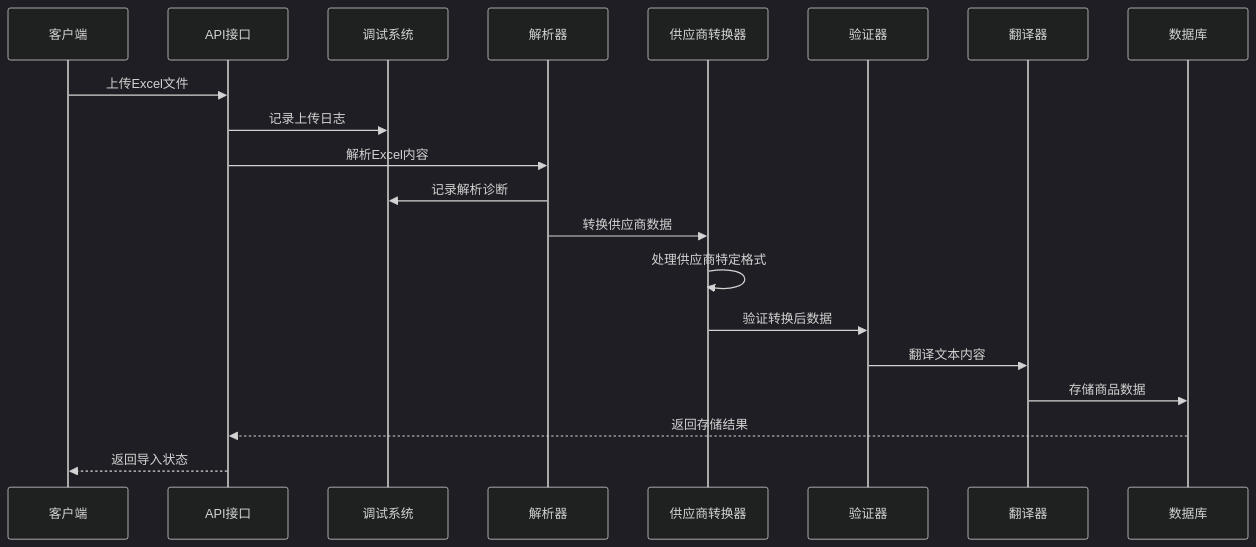
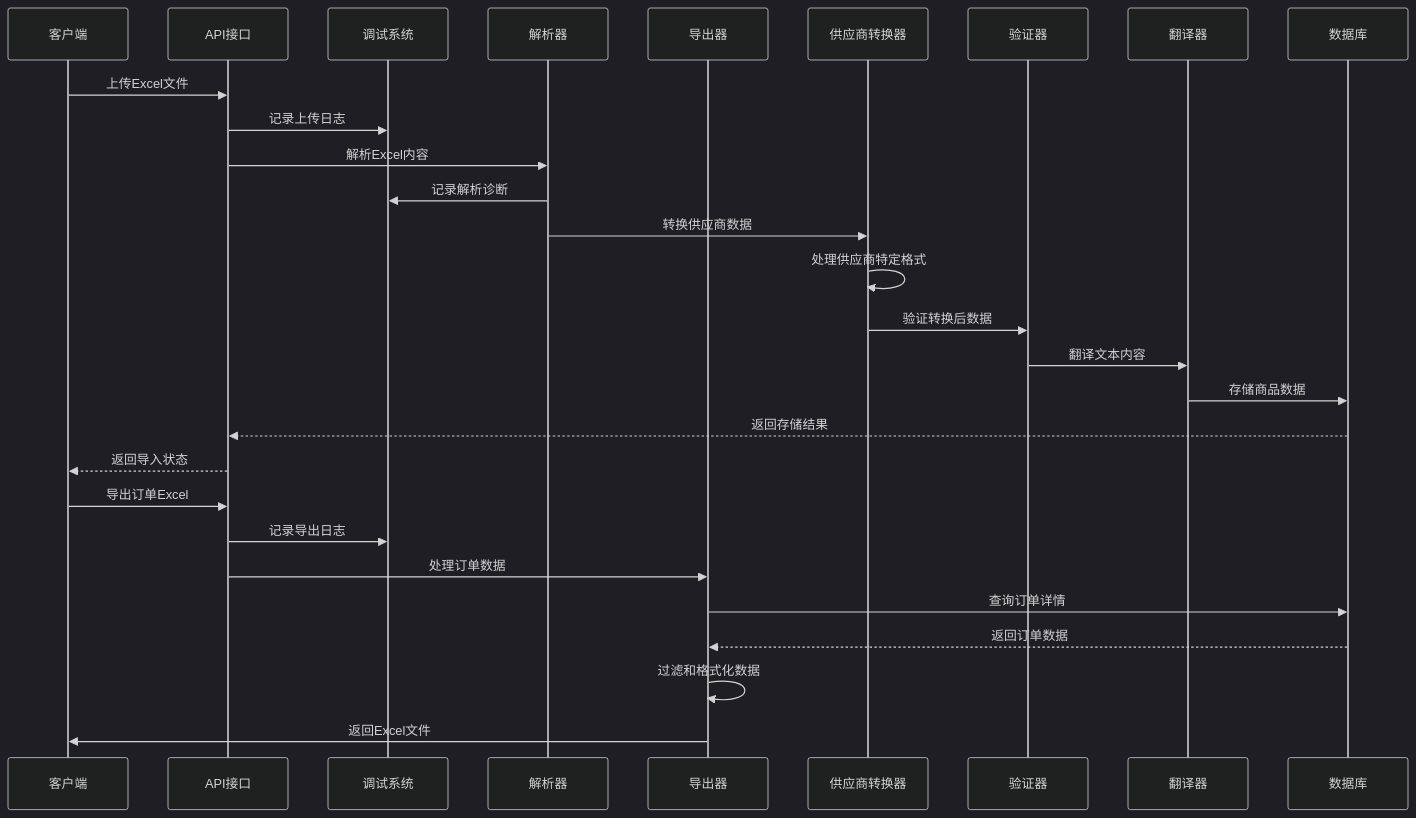
The second of 14 diagrams in .qoder/repowiki/zh/content/Excel Import System.md (three3638-arch/celestia_2b), drawn with Mermaid (dark theme) before and after one commit. The commit also changed other lines of this file and 4 other files, not shown here.

````diff
--- a/.qoder/repowiki/zh/content/Excel Import System.md
+++ b/.qoder/repowiki/zh/content/Excel Import System.md
@@ -152,22 +175,30 @@
 ```mermaid
 sequenceDiagram
 participant Client as 客户端
 participant API as API接口
 participant Debug as 调试系统
 participant Parser as 解析器
+participant Exporter as 导出器
 participant SupplierConverter as 供应商转换器
 participant Validator as 验证器
 participant Translator as 翻译器
 participant DB as 数据库
 Client->>API : 上传Excel文件
 API->>Debug : 记录上传日志
 API->>Parser : 解析Excel内容
 Parser->>Debug : 记录解析诊断
 Parser->>SupplierConverter : 转换供应商数据
 SupplierConverter->>SupplierConverter : 处理供应商特定格式
 SupplierConverter->>Validator : 验证转换后数据
 Validator->>Translator : 翻译文本内容
 Translator->>DB : 存储商品数据
 DB-->>API : 返回存储结果
 API-->>Client : 返回导入状态
+Client->>API : 导出订单Excel
+API->>Debug : 记录导出日志
+API->>Exporter : 处理订单数据
+Exporter->>DB : 查询订单详情
+DB-->>Exporter : 返回订单数据
+Exporter->>Exporter : 过滤和格式化数据
+Exporter->>Client : 返回Excel文件
 ```
````
